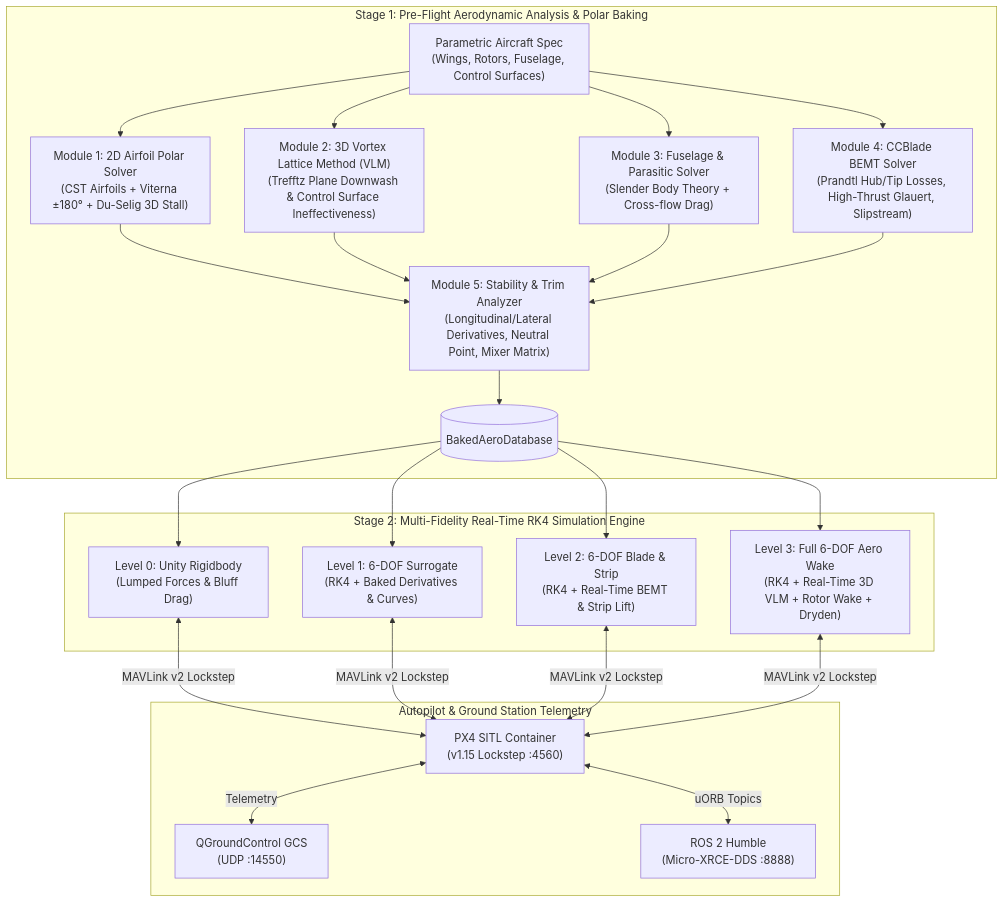
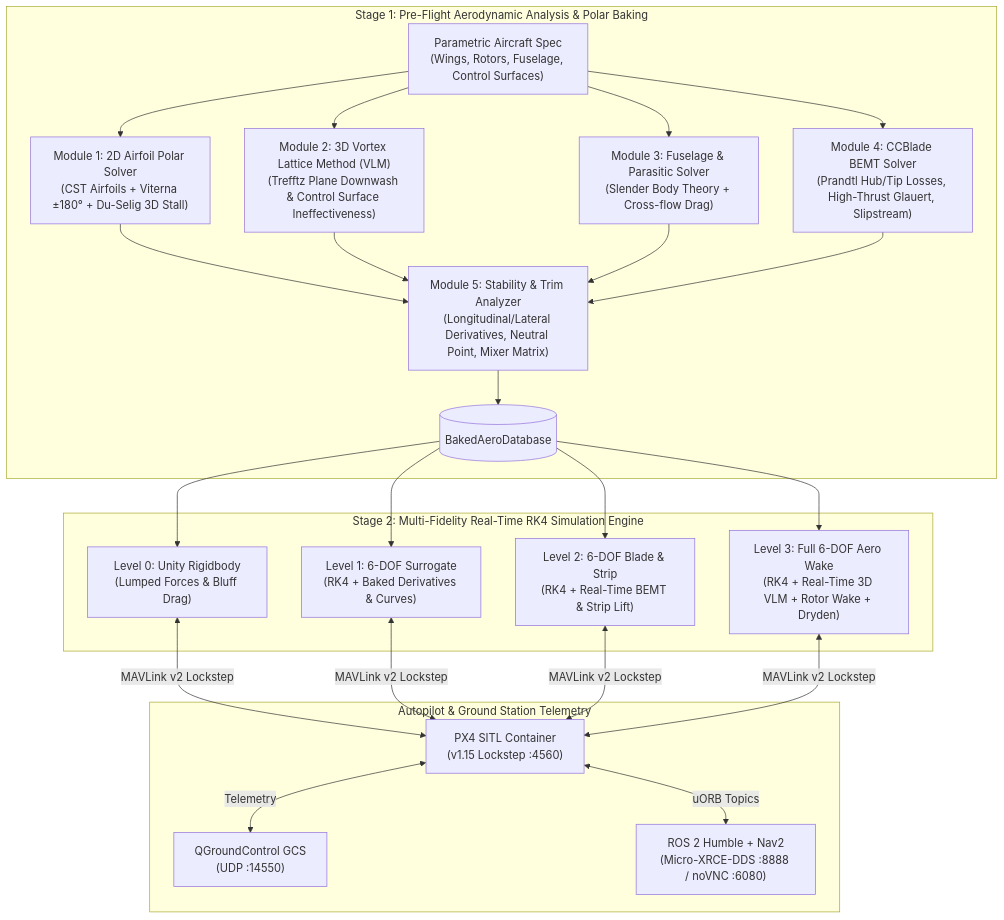
Before and after one commit to jyhuh/Unity-FlightDynamics-6DoF: the diagram in README.md, drawn with Mermaid. The commit also changed other lines of this file and 6 other files, not shown here.

````diff
--- a/README.md
+++ b/README.md
@@ -44,30 +45,30 @@
 ```mermaid
 flowchart TD
     subgraph Stage1["Stage 1: Pre-Flight Aerodynamic Analysis & Polar Baking"]
         A1["Parametric Aircraft Spec<br/>(Wings, Rotors, Fuselage, Control Surfaces)"]
         M1["Module 1: 2D Airfoil Polar Solver<br/>(CST Airfoils + Viterna ±180° + Du-Selig 3D Stall)"]
         M2["Module 2: 3D Vortex Lattice Method (VLM)<br/>(Trefftz Plane Downwash & Control Surface Ineffectiveness)"]
         M3["Module 3: Fuselage & Parasitic Solver<br/>(Slender Body Theory + Cross-flow Drag)"]
         M4["Module 4: CCBlade BEMT Solver<br/>(Prandtl Hub/Tip Losses, High-Thrust Glauert, Slipstream)"]
         M5["Module 5: Stability & Trim Analyzer<br/>(Longitudinal/Lateral Derivatives, Neutral Point, Mixer Matrix)"]
         DB[("BakedAeroDatabase")]
         A1 --> M1 & M2 & M3 & M4 --> M5 --> DB
     end
 
     subgraph Stage2["Stage 2: Multi-Fidelity Real-Time RK4 Simulation Engine"]
         L0["Level 0: Unity Rigidbody<br/>(Lumped Forces & Bluff Drag)"]
         L1["Level 1: 6-DOF Surrogate<br/>(RK4 + Baked Derivatives & Curves)"]
         L2["Level 2: 6-DOF Blade & Strip<br/>(RK4 + Real-Time BEMT & Strip Lift)"]
         L3["Level 3: Full 6-DOF Aero Wake<br/>(RK4 + Real-Time 3D VLM + Rotor Wake + Dryden)"]
         DB --> L0 & L1 & L2 & L3
     end
 
     subgraph HardwareLoop["Autopilot & Ground Station Telemetry"]
         PX4["PX4 SITL Container<br/>(v1.15 Lockstep :4560)"]
         QGC["QGroundControl GCS<br/>(UDP :14550)"]
-        ROS2["ROS 2 Humble<br/>(Micro-XRCE-DDS :8888)"]
+        ROS2["ROS 2 Humble + Nav2<br/>(Micro-XRCE-DDS :8888 / noVNC :6080)"]
         L0 & L1 & L2 & L3 <-->|"MAVLink v2 Lockstep"| PX4
         PX4 <-->|"Telemetry"| QGC
         PX4 <-->|"uORB Topics"| ROS2
     end
 ```
````
